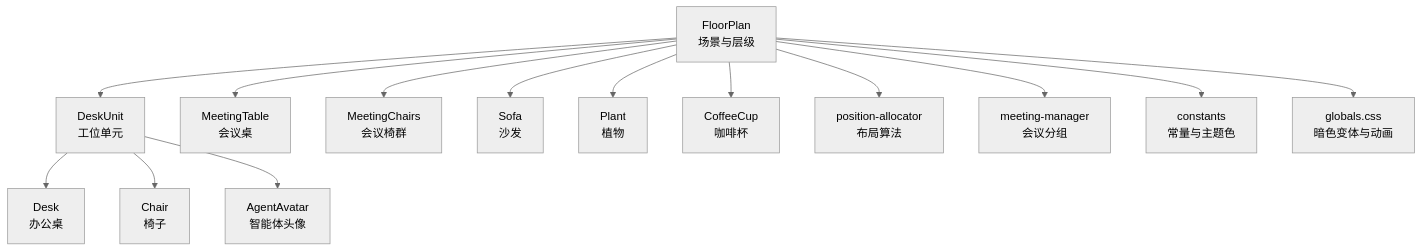
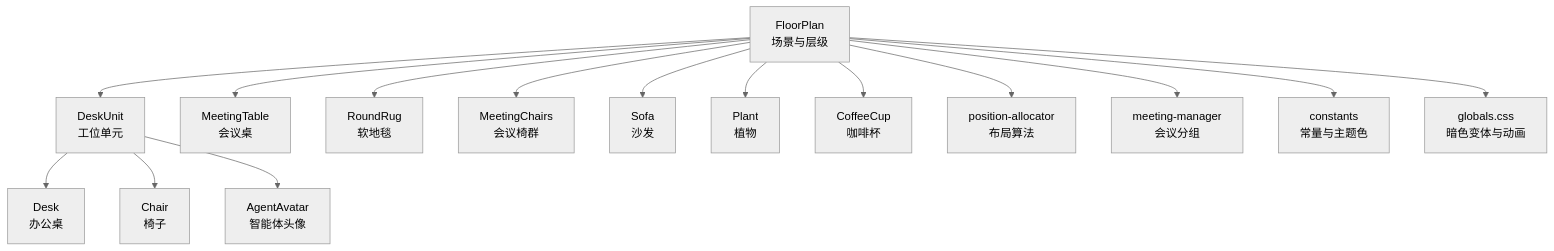
One commit to WW-AI-Lab/openclaw-office changed the first of 8 diagrams in .qoder/repowiki/zh/content/虚拟办公室系统/家具装饰系统.md. Above: the diagram before and after it, drawn with Mermaid (neutral theme). The commit also changed other lines of this file and 15 other files, not shown here.

````diff
--- a/.qoder/repowiki/zh/content/虚拟办公室系统/家具装饰系统.md
+++ b/.qoder/repowiki/zh/content/虚拟办公室系统/家具装饰系统.md
@@ -46,16 +48,17 @@
 ```mermaid
 graph TB
 FP["FloorPlan<br/>场景与层级"] --> DU["DeskUnit<br/>工位单元"]
 FP --> MT["MeetingTable<br/>会议桌"]
+FP --> RR["RoundRug<br/>软地毯"]
 FP --> MC["MeetingChairs<br/>会议椅群"]
 FP --> SO["Sofa<br/>沙发"]
 FP --> PL["Plant<br/>植物"]
 FP --> CC["CoffeeCup<br/>咖啡杯"]
 DU --> D["Desk<br/>办公桌"]
 DU --> C["Chair<br/>椅子"]
 DU --> AA["AgentAvatar<br/>智能体头像"]
 FP --> PA["position-allocator<br/>布局算法"]
 FP --> MM["meeting-manager<br/>会议分组"]
 FP --> CT["constants<br/>常量与主题色"]
 FP --> GS["globals.css<br/>暗色变体与动画"]
 ```
````
